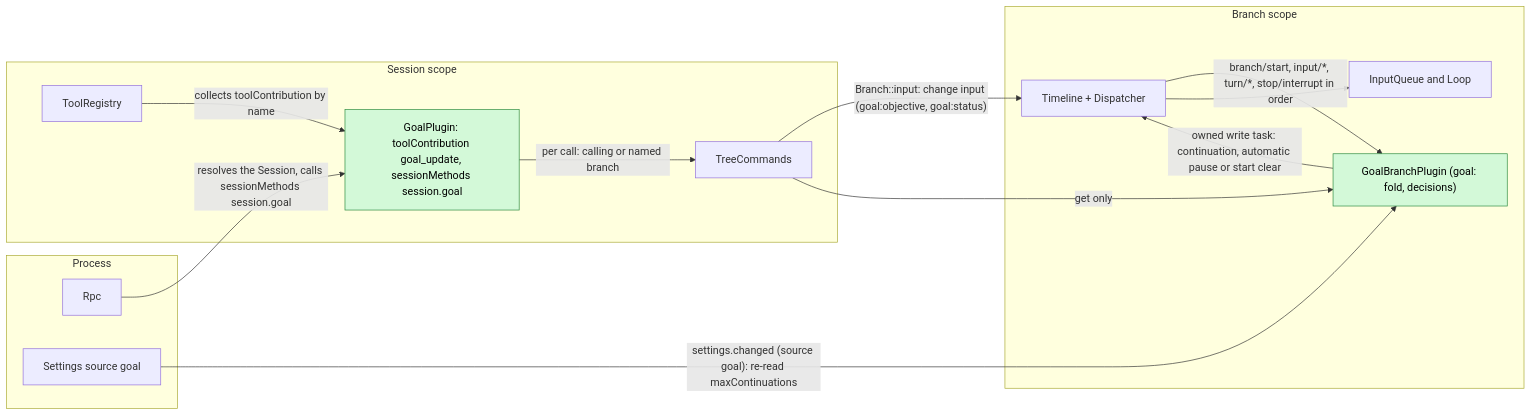
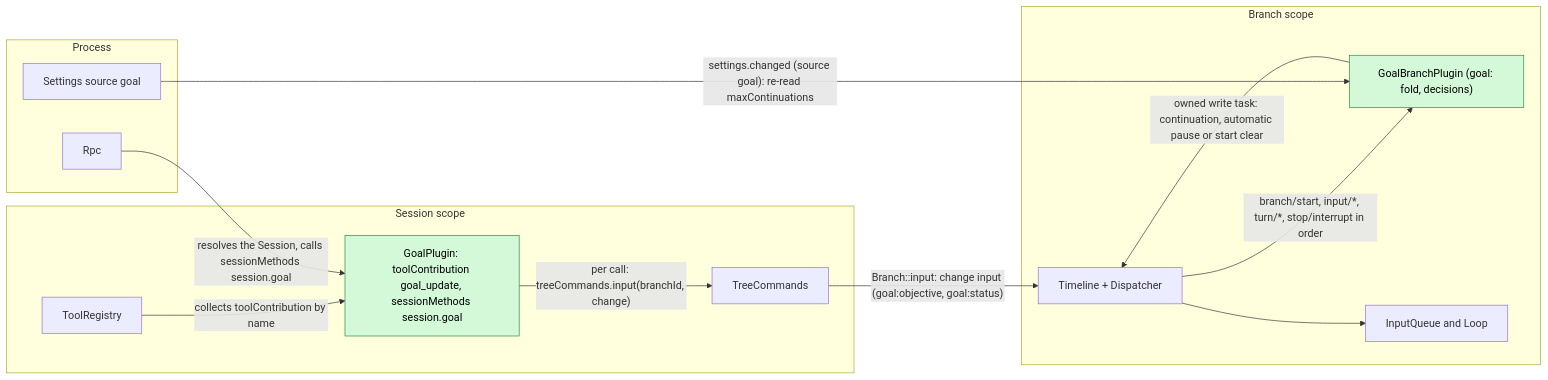
One commit to CoutinhoTTS/dim-agent changed the first of 7 diagrams in docs/design/plugins/Goal.md. Above: the diagram before and after it, drawn with Mermaid. The commit also changed other lines of this file and 11 other files, not shown here.

````diff
--- a/docs/design/plugins/Goal.md
+++ b/docs/design/plugins/Goal.md
@@ -13,27 +11,26 @@
 ```mermaid
 flowchart LR
   subgraph PROC["Process"]
     Rpc["Rpc"]
     Settings["Settings source goal"]
   end
   subgraph SESS["Session scope"]
     GS["GoalPlugin: toolContribution goal_update, sessionMethods session.goal"]:::new
     TR["ToolRegistry"]
     TC["TreeCommands"]
   end
   subgraph BR["Branch scope"]
     GB["GoalBranchPlugin (goal: fold, decisions)"]:::new
     TL["Timeline + Dispatcher"]
     IQ["InputQueue and Loop"]
   end
   TR -- "collects toolContribution by name" --> GS
   Rpc -- "resolves the Session, calls sessionMethods session.goal" --> GS
-  GS -- "per call: calling or named branch" --> TC
+  GS -- "per call: treeCommands.input(branchId, change)" --> TC
   TC -- "Branch::input: change input (goal:objective, goal:status)" --> TL
-  TC -- "get only" --> GB
   TL -- "branch/start, input/*, turn/*, stop/interrupt in order" --> GB
   GB -- "owned write task: continuation, automatic pause or start clear" --> TL
   Settings -- "settings.changed (source goal): re-read maxContinuations" --> GB
   TL --> IQ
   classDef new fill:#d3f9d8,stroke:#2b8a3e,color:#000
 ```
````
